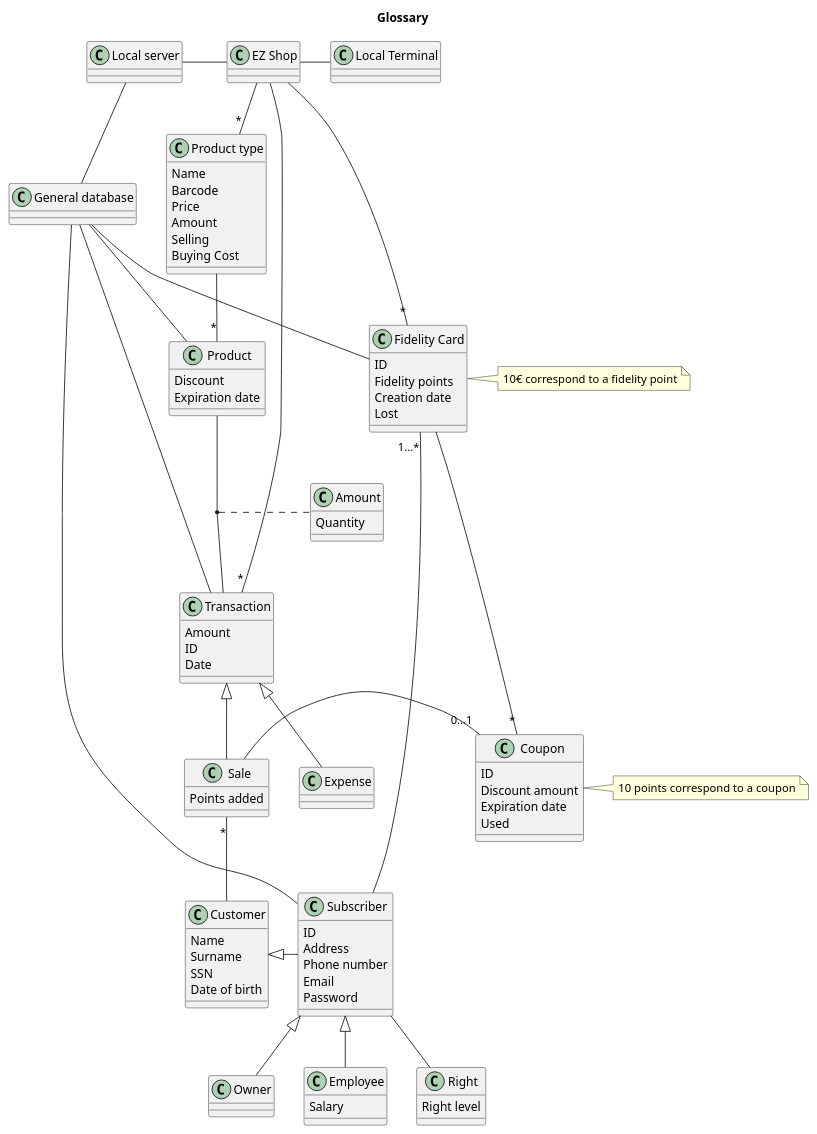
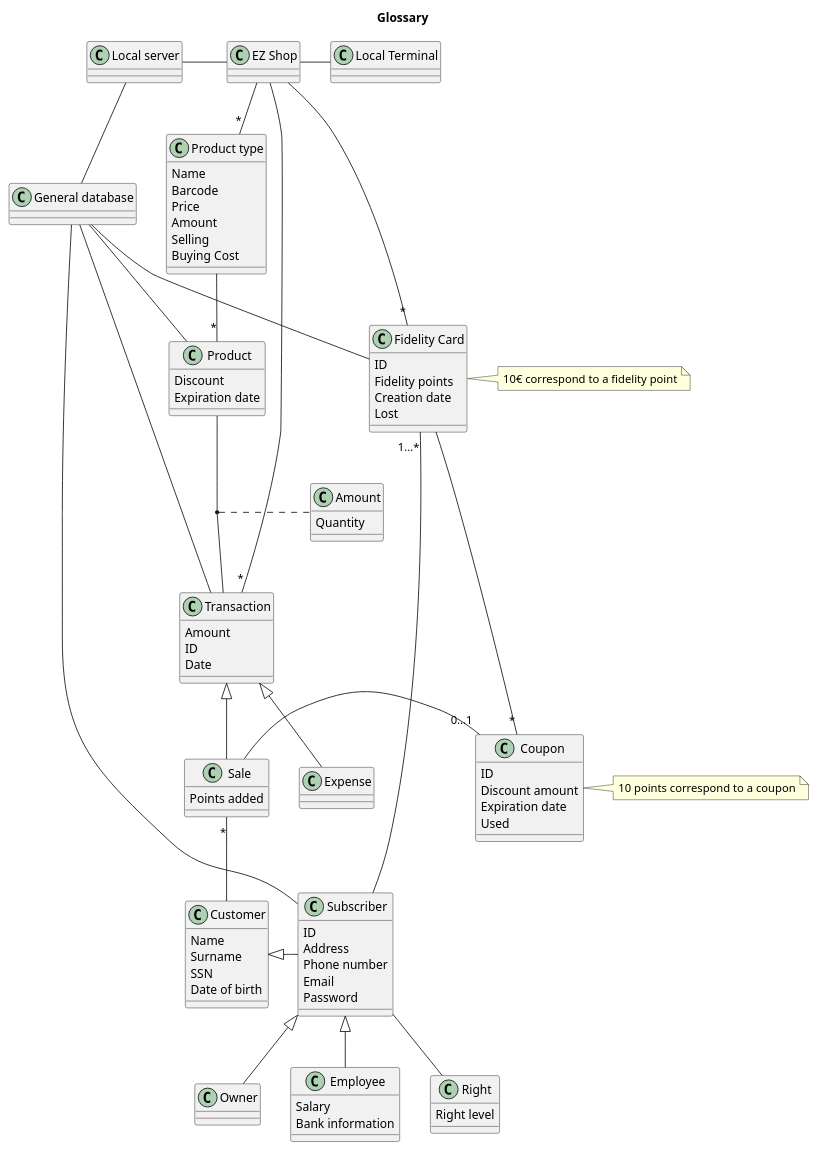
Before and after one commit to nicolabattaglino/ezshop: the fourth of 6 diagrams in Deliverables/RequirementsDocument.md, drawn with PlantUML. The commit also changed other lines of this file, not shown here.

```diff
--- a/Deliverables/RequirementsDocument.md
+++ b/Deliverables/RequirementsDocument.md
@@ -510,6 +579,7 @@
 }
 class "Employee" as employee{
 Salary
+Bank information
 }
 class "Local Terminal" as LT{
 }
```
